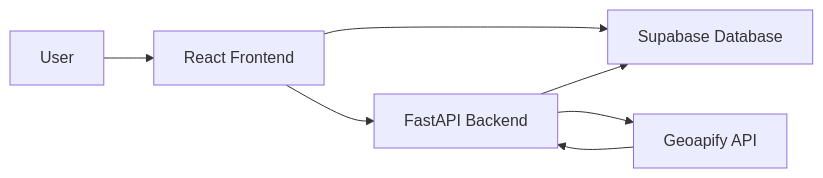
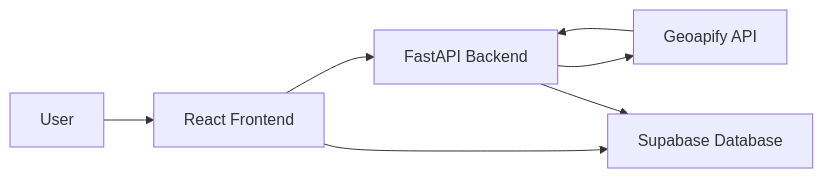
Before and after one commit to arukudassova/sustentar-diagnostic: the diagram in README.md, drawn with Mermaid. The commit also changed other lines of this file, not shown here.

````diff
--- a/README.md
+++ b/README.md
@@ -13,9 +19,9 @@
 ```mermaid
 graph LR
 A[User] --> B[React Frontend]
+B --> D[FastAPI Backend]
 B --> C[Supabase Database]
-B --> D[FastAPI Backend]
 D --> E[Geoapify API]
 E --> D
 D --> C
 ```
````
